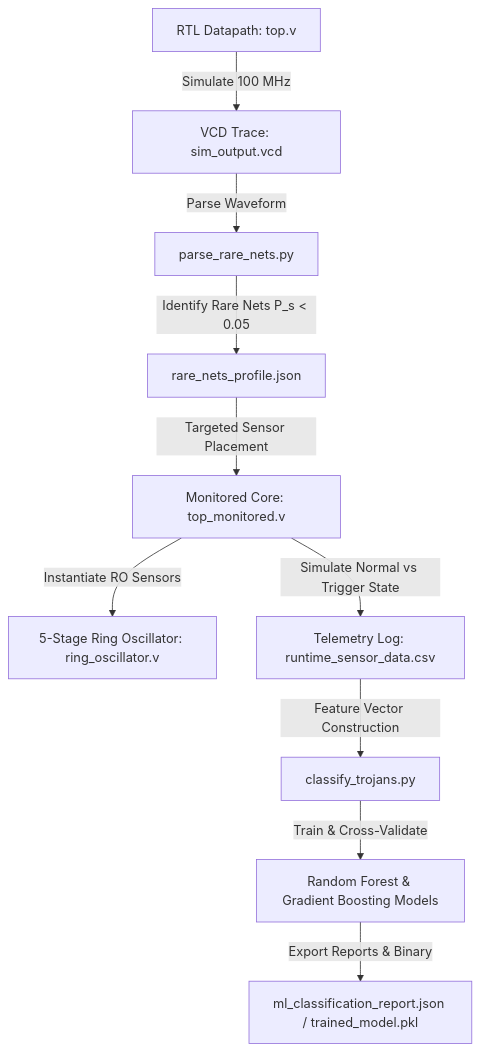
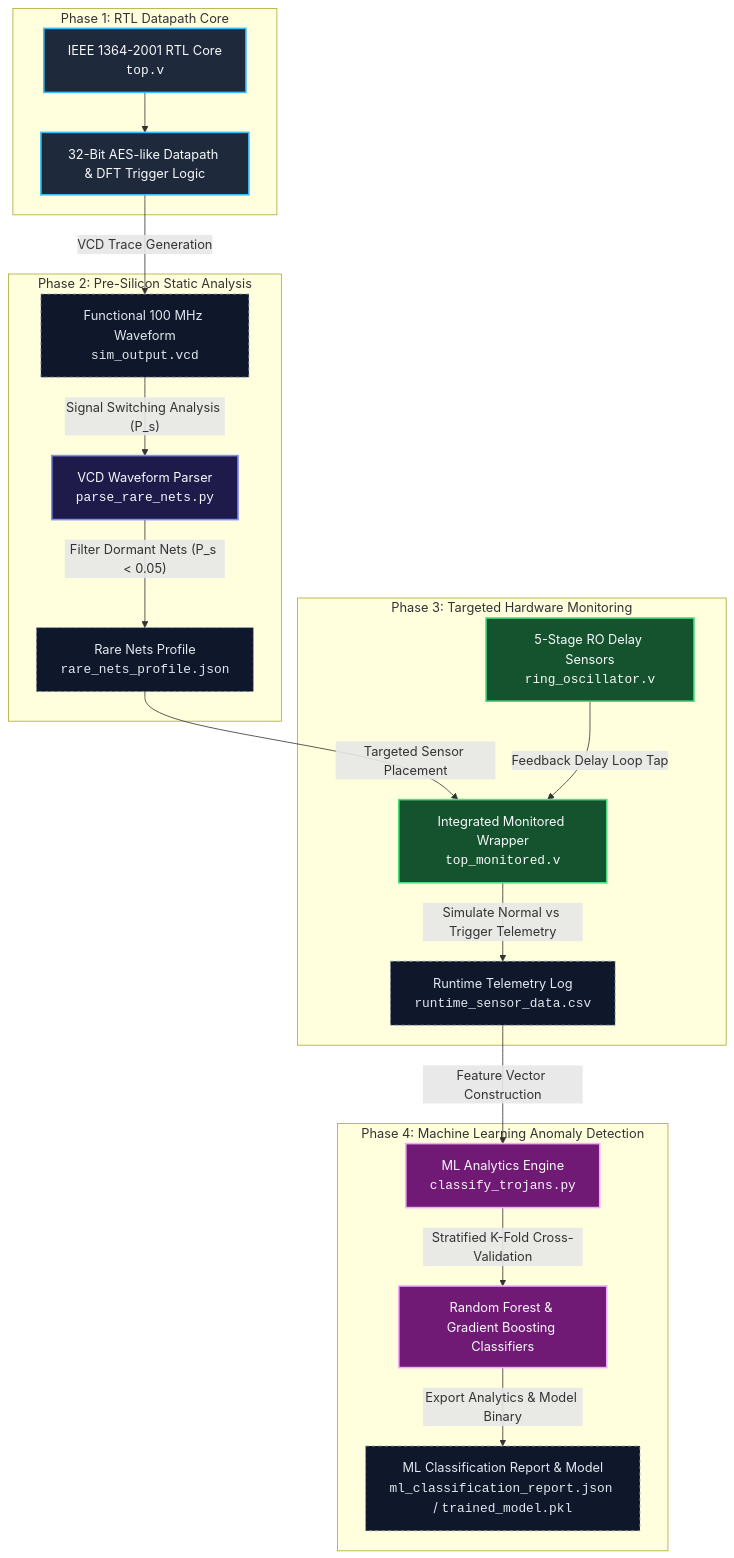
One commit to chandansaipavanpadala/spectra changed the diagram in README.md. Above: the diagram before and after it, drawn with Mermaid.

Commit message:
Detailed Framework Workflow Fix

````diff
--- a/README.md
+++ b/README.md
@@ -48,12 +48,44 @@
 ```mermaid
-graph TD
-    A[RTL Datapath: top.v] -->|Simulate 100 MHz| B[VCD Trace: sim_output.vcd]
-    B -->|Parse Waveform| C[parse_rare_nets.py]
-    C -->|Identify Rare Nets P_s < 0.05| D[rare_nets_profile.json]
-    D -->|Targeted Sensor Placement| E[Monitored Core: top_monitored.v]
-    E -->|Instantiate RO Sensors| F[5-Stage Ring Oscillator: ring_oscillator.v]
-    E -->|Simulate Normal vs Trigger State| G[Telemetry Log: runtime_sensor_data.csv]
-    G -->|Feature Vector Construction| H[classify_trojans.py]
-    H -->|Train & Cross-Validate| I[Random Forest & Gradient Boosting Models]
-    I -->|Export Reports & Binary| J[ml_classification_report.json / trained_model.pkl]
+flowchart TB
+    %% Styling Definitions
+    classDef phase1 fill:#1e293b,stroke:#38bdf8,stroke-width:2px,color:#f8fafc;
+    classDef phase2 fill:#1e1b4b,stroke:#818cf8,stroke-width:2px,color:#f8fafc;
+    classDef phase3 fill:#14532d,stroke:#4ade80,stroke-width:2px,color:#f8fafc;
+    classDef phase4 fill:#701a75,stroke:#f0abfc,stroke-width:2px,color:#f8fafc;
+    classDef artifact fill:#0f172a,stroke:#94a3b8,stroke-width:1px,stroke-dasharray: 4 4,color:#e2e8f0;
+
+    subgraph P1 ["Phase 1: RTL Datapath Core"]
+        A["IEEE 1364-2001 RTL Core<br/><code>top.v</code>"]:::phase1
+        A1["32-Bit AES-like Datapath & DFT Trigger Logic"]:::phase1
+    end
+
+    subgraph P2 ["Phase 2: Pre-Silicon Static Analysis"]
+        B["Functional 100 MHz Waveform<br/><code>sim_output.vcd</code>"]:::artifact
+        C["VCD Waveform Parser<br/><code>parse_rare_nets.py</code>"]:::phase2
+        D["Rare Nets Profile<br/><code>rare_nets_profile.json</code>"]:::artifact
+    end
+
+    subgraph P3 ["Phase 3: Targeted Hardware Monitoring"]
+        E["Integrated Monitored Wrapper<br/><code>top_monitored.v</code>"]:::phase3
+        F["5-Stage RO Delay Sensors<br/><code>ring_oscillator.v</code>"]:::phase3
+        G["Runtime Telemetry Log<br/><code>runtime_sensor_data.csv</code>"]:::artifact
+    end
+
+    subgraph P4 ["Phase 4: Machine Learning Anomaly Detection"]
+        H["ML Analytics Engine<br/><code>classify_trojans.py</code>"]:::phase4
+        I["Random Forest & Gradient Boosting Classifiers"]:::phase4
+        J["ML Classification Report & Model<br/><code>ml_classification_report.json</code> / <code>trained_model.pkl</code>"]:::artifact
+    end
+
+    %% Workflow Connections
+    A --> A1
+    A1 -->|"VCD Trace Generation"| B
+    B -->|"Signal Switching Analysis (P_s)"| C
+    C -->|"Filter Dormant Nets (P_s < 0.05)"| D
+    D -->|"Targeted Sensor Placement"| E
+    F -->|"Feedback Delay Loop Tap"| E
+    E -->|"Simulate Normal vs Trigger Telemetry"| G
+    G -->|"Feature Vector Construction"| H
+    H -->|"Stratified K-Fold Cross-Validation"| I
+    I -->|"Export Analytics & Model Binary"| J
 ```
````
